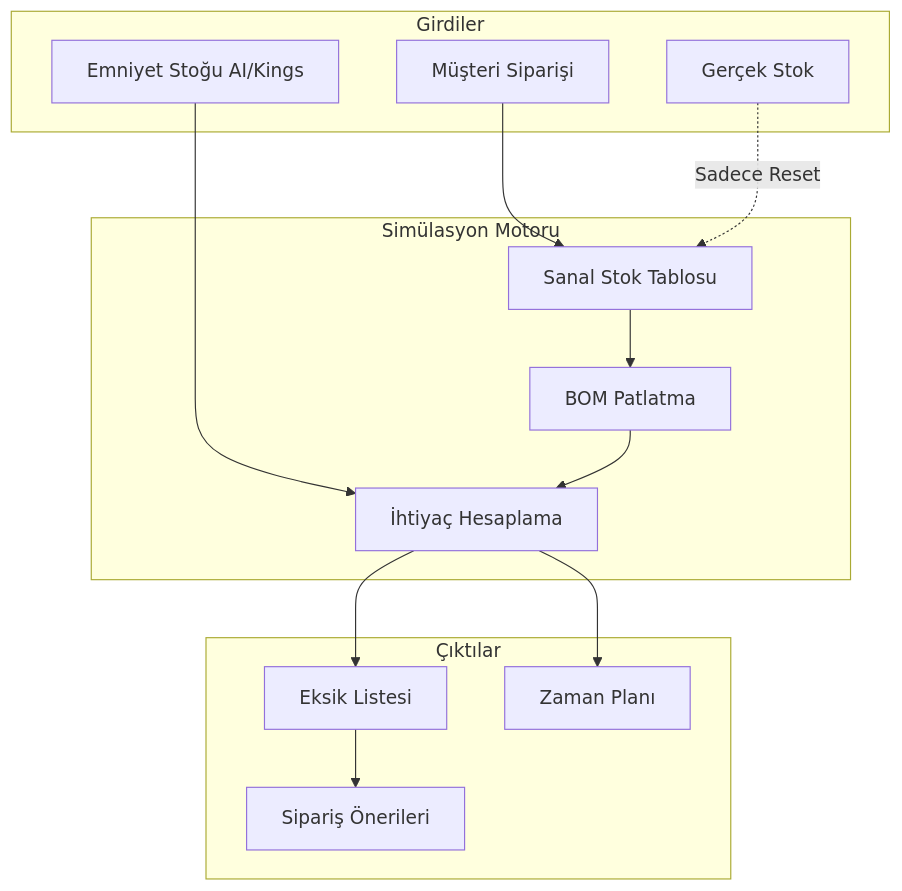
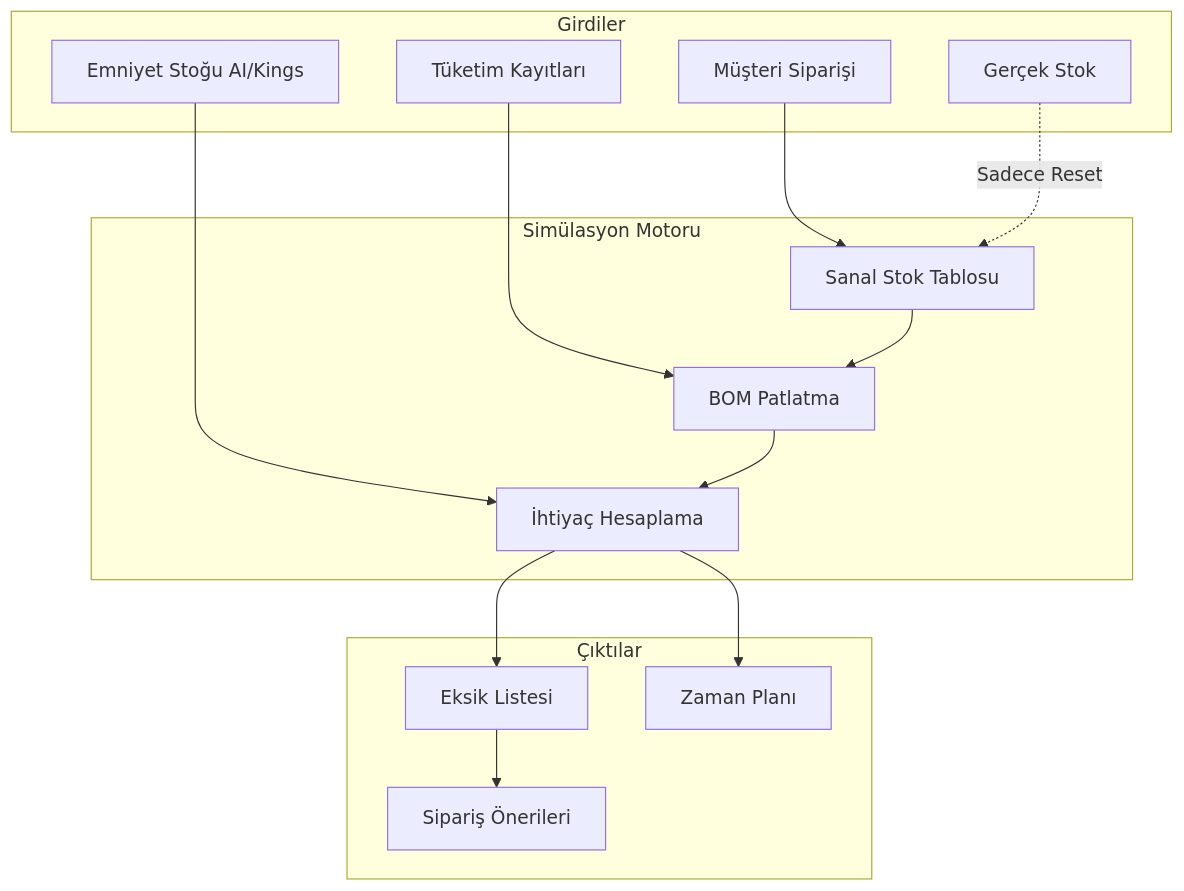
The first of 8 diagrams in AI_ML_SSL_MRP_V1.1.1/system_documentation/technical_reference/ORDER_MAPPING_PROCESS.md (ozkaleutku/AIERP_V1.1.1), drawn with Mermaid before and after one commit. The commit also changed other lines of this file and 11 other files, not shown here.

````diff
--- a/AI_ML_SSL_MRP_V1.1.1/system_documentation/technical_reference/ORDER_MAPPING_PROCESS.md
+++ b/AI_ML_SSL_MRP_V1.1.1/system_documentation/technical_reference/ORDER_MAPPING_PROCESS.md
@@ -16,29 +16,31 @@
 ```mermaid
 graph TB
     subgraph INPUTS[Girdiler]
         CO[Müşteri Siparişi]
         SS[Emniyet Stoğu AI/Kings]
         INV[Gerçek Stok]
+        CONS[Tüketim Kayıtları]
     end
 
     subgraph SIMULATION[Simülasyon Motoru]
         SIM[Sanal Stok Tablosu]
         BOM[BOM Patlatma]
         CALC[İhtiyaç Hesaplama]
     end
 
     subgraph OUTPUTS[Çıktılar]
         SHORT[Eksik Listesi]
         SUGG[Sipariş Önerileri]
         TIME[Zaman Planı]
     end
 
     CO --> SIM
     SS --> CALC
     INV -. Sadece Reset .-> SIM
+    CONS --> BOM
     SIM --> BOM
     BOM --> CALC
     CALC --> SHORT
     SHORT --> SUGG
     CALC --> TIME
 ```
````
